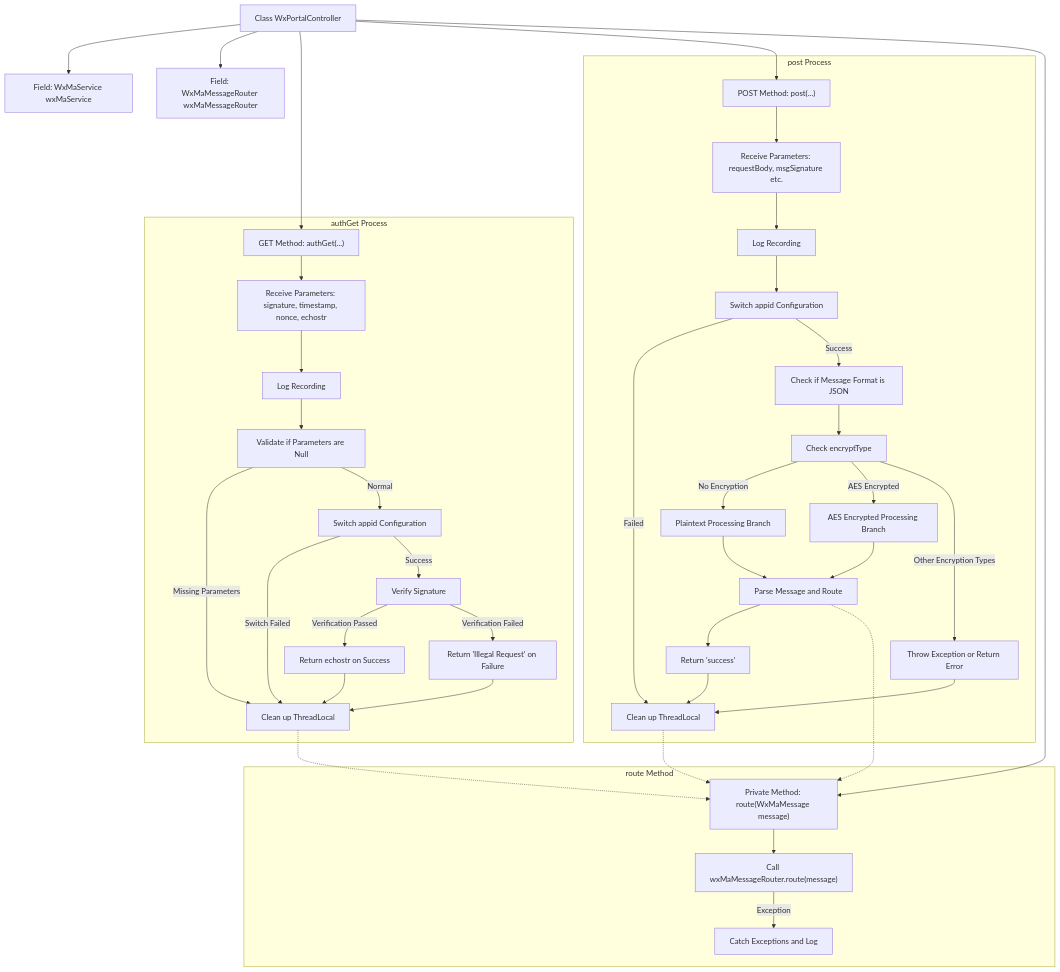
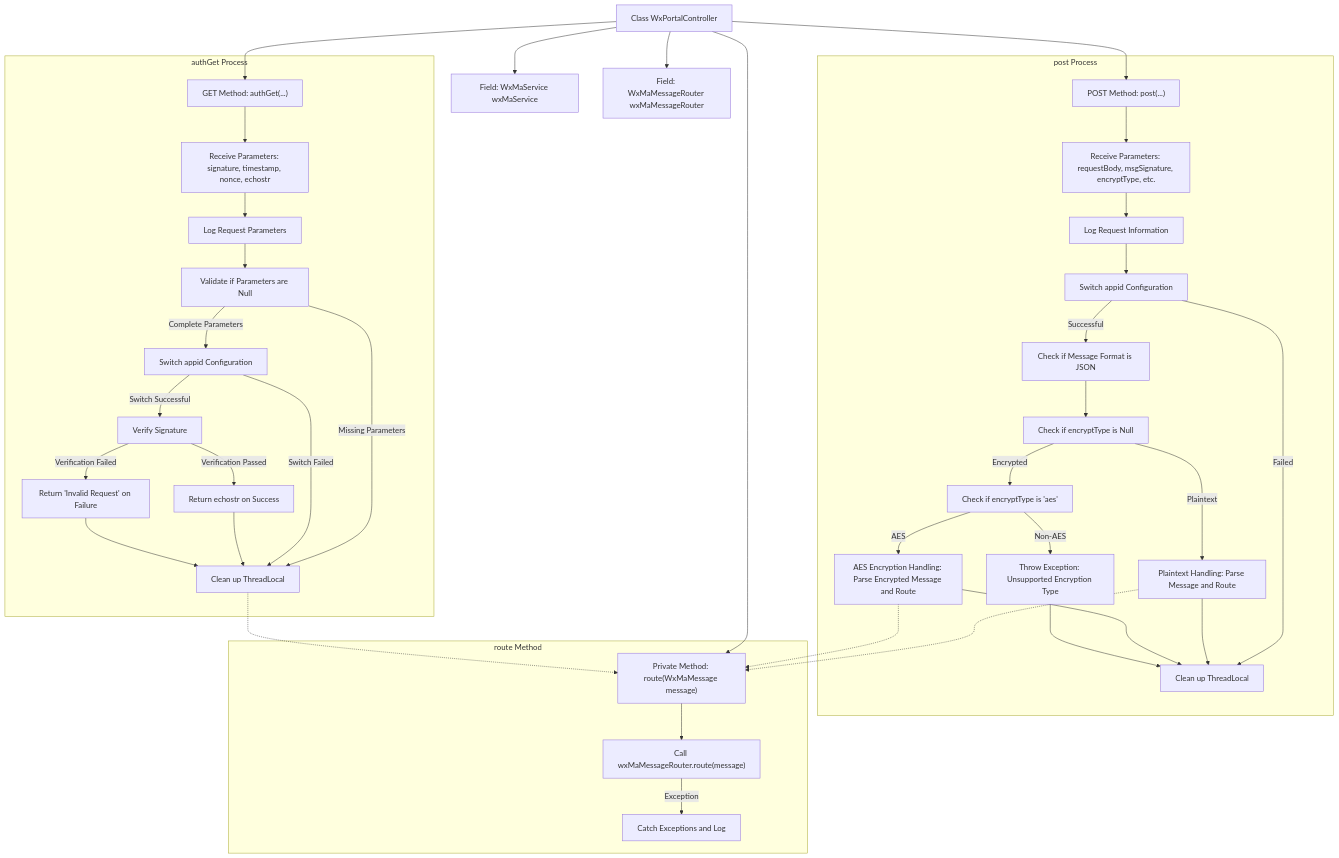
One commit to v-wjrong/binary_weixin-java-miniapp-demo changed the second of 2 diagrams in docs/en/docs/src/main/java/com/github/binarywang/demo/wx/miniapp/controller/WxPortalController.md. Above: the diagram before and after it, drawn with Mermaid. The commit also changed other lines of this file and 47 other files, not shown here.

````diff
--- a/docs/en/docs/src/main/java/com/github/binarywang/demo/wx/miniapp/controller/WxPortalController.md
+++ b/docs/en/docs/src/main/java/com/github/binarywang/demo/wx/miniapp/controller/WxPortalController.md
@@ -114,79 +101,77 @@
 ```mermaid
 graph TD
     A["Class WxPortalController"]
     B["Field: WxMaService wxMaService"]
     C["Field: WxMaMessageRouter wxMaMessageRouter"]
     D["GET Method: authGet(...)"]
     E["POST Method: post(...)"]
     F["Private Method: route(WxMaMessage message)"]
 
     A --> B
     A --> C
     A --> D
     A --> E
     A --> F
 
     subgraph "authGet Process"
         D1["Receive Parameters: signature, timestamp, nonce, echostr"]
-        D2["Log Recording"]
+        D2["Log Request Parameters"]
         D3["Validate if Parameters are Null"]
         D4["Switch appid Configuration"]
         D5["Verify Signature"]
         D6["Return echostr on Success"]
-        D7["Return 'Illegal Request' on Failure"]
+        D7["Return 'Invalid Request' on Failure"]
         D8["Clean up ThreadLocal"]
 
         D --> D1
         D1 --> D2
         D2 --> D3
         D3 -- Missing Parameters --> D8
-        D3 -- Normal --> D4
+        D3 -- Complete Parameters --> D4
         D4 -- Switch Failed --> D8
-        D4 -- Success --> D5
+        D4 -- Switch Successful --> D5
         D5 -- Verification Passed --> D6
         D5 -- Verification Failed --> D7
         D6 --> D8
         D7 --> D8
     end
 
     subgraph "post Process"
-        E1["Receive Parameters: requestBody, msgSignature etc."]
-        E2["Log Recording"]
+        E1["Receive Parameters: requestBody, msgSignature, encryptType, etc."]
+        E2["Log Request Information"]
         E3["Switch appid Configuration"]
         E4["Check if Message Format is JSON"]
-        E5["Check encryptType"]
-        E6["Plaintext Processing Branch"]
-        E7["AES Encrypted Processing Branch"]
-        E8["Parse Message and Route"]
-        E9["Return 'success'"]
-        E10["Throw Exception or Return Error"]
-        E11["Clean up ThreadLocal"]
+        E5["Check if encryptType is Null"]
+        E6["Plaintext Handling: Parse Message and Route"]
+        E7["Check if encryptType is 'aes'"]
+        E8["AES Encryption Handling: Parse Encrypted Message and Route"]
+        E9["Throw Exception: Unsupported Encryption Type"]
+        E10["Clean up ThreadLocal"]
 
         E --> E1
         E1 --> E2
         E2 --> E3
-        E3 -- Failed --> E11
-        E3 -- Success --> E4
+        E3 -- Failed --> E10
+        E3 -- Successful --> E4
         E4 --> E5
-        E5 -- No Encryption --> E6
-        E5 -- AES Encrypted --> E7
-        E6 --> E8
-        E7 --> E8
-        E8 --> E9
-        E9 --> E11
-        E5 -- Other Encryption Types --> E10
-        E10 --> E11
+        E5 -- Plaintext --> E6
+        E6 --> E10
+        E5 -- Encrypted --> E7
+        E7 -- AES --> E8
+        E8 --> E10
+        E7 -- Non-AES --> E9
+        E9 --> E10
     end
 
     subgraph "route Method"
         F1["Call wxMaMessageRouter.route(message)"]
         F2["Catch Exceptions and Log"]
 
         F --> F1
         F1 -- Exception --> F2
     end
 
     D8 -.-> F
+    E6 -.-> F
     E8 -.-> F
-    E11 -.-> F
 ```
````
